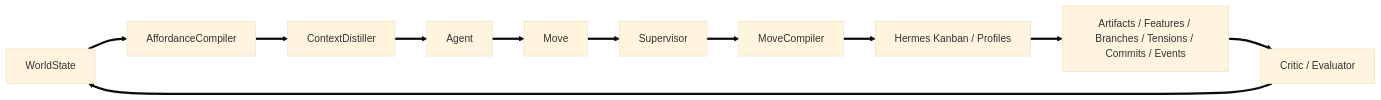
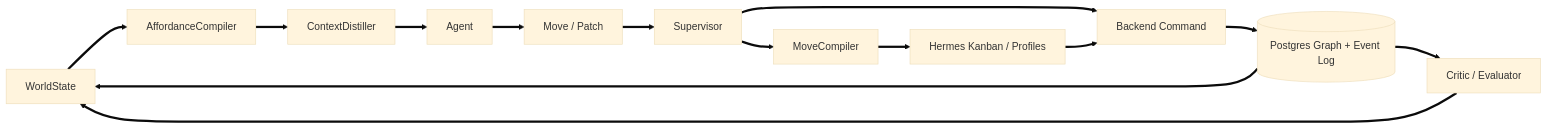
The second of 2 diagrams in content/chapter-2.3.md (nyandesigns0/openclaw-guide), drawn with Mermaid (base theme) before and after one commit. The commit also changed other lines of this file and 12 other files, not shown here.

Commit message:
docs: update chapters 1.1, 1.2, 2.1, 2.2, and 3.1 to refine A.A.S. Field Runtime architecture, enhance design ontology, and clarify workspace functionalities

````diff
--- a/content/chapter-2.3.md
+++ b/content/chapter-2.3.md
@@ -65,14 +79,17 @@
 ```mermaid
 %%{init: {'flowchart': {'arrowMarkerSize': 1.5}}}%%
 flowchart LR
     WS[WorldState] ==> AC[AffordanceCompiler]
     AC ==> CD[ContextDistiller]
     CD ==> AG[Agent]
-    AG ==> MV[Move]
+    AG ==> MV[Move / Patch]
     MV ==> SV[Supervisor]
+    SV ==> CMD[Backend Command]
+    CMD ==> PG[(Postgres Graph + Event Log)]
+    PG ==> WS
     SV ==> MC[MoveCompiler]
     MC ==> HM[Hermes Kanban / Profiles]
-    HM ==> UP[Artifacts / Features / Branches / Tensions / Commits / Events]
-    UP ==> CR[Critic / Evaluator]
+    HM ==> CMD
+    PG ==> CR[Critic / Evaluator]
     CR ==> WS
 ```
````
